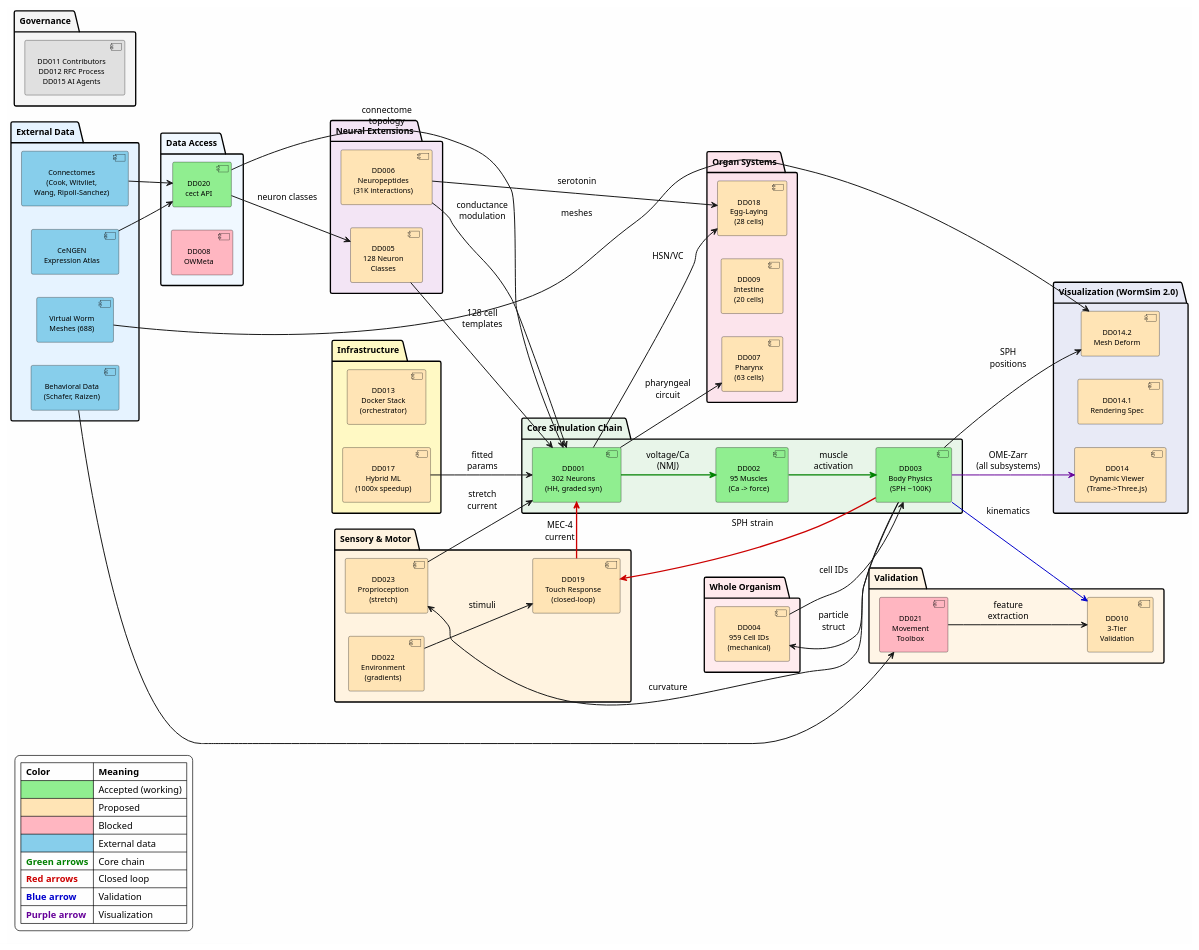
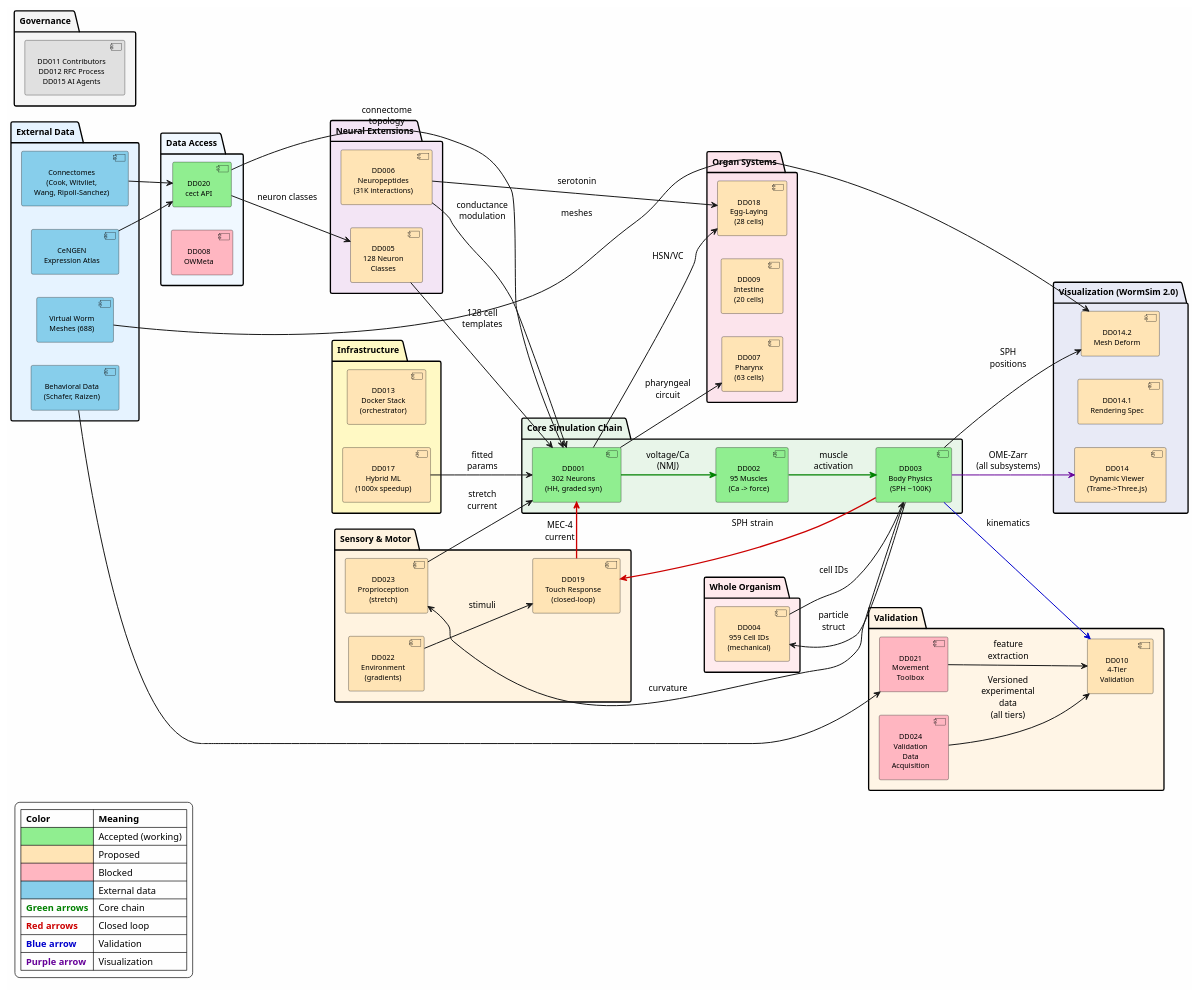
Before and after one commit to openworm/openworm_docs: the diagram in docs/design_documents/INTEGRATION_MAP.md, drawn with PlantUML. The commit also changed other lines of this file and 25 other files, not shown here.

```diff
--- a/docs/design_documents/INTEGRATION_MAP.md
+++ b/docs/design_documents/INTEGRATION_MAP.md
@@ -111,8 +111,9 @@
 
 ' === VALIDATION ===
 package "Validation" as valbox #FFF5E6 {
-  component "DD010\n3-Tier\nValidation" as DD010 #FFE4B5
+  component "DD010\n4-Tier\nValidation" as DD010 #FFE4B5
   component "DD021\nMovement\nToolbox" as DD021 #FFB6C1
+  component "DD024\nValidation\nData\nAcquisition" as DD024 #FFB6C1
 }
 
 ' === VISUALIZATION ===
@@ -165,6 +166,7 @@
 ' Core -> Validation
 DD003 -[#0000CC]-> DD010 : kinematics
 DD021 --> DD010 : feature\nextraction
+DD024 --> DD010 : "Versioned\nexperimental\ndata\n(all tiers)"
 
 ' Core -> Visualization
 DD003 -[#660099]-> DD014 : OME-Zarr\n(all subsystems)
```
